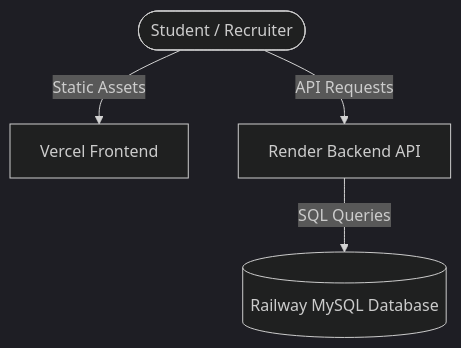
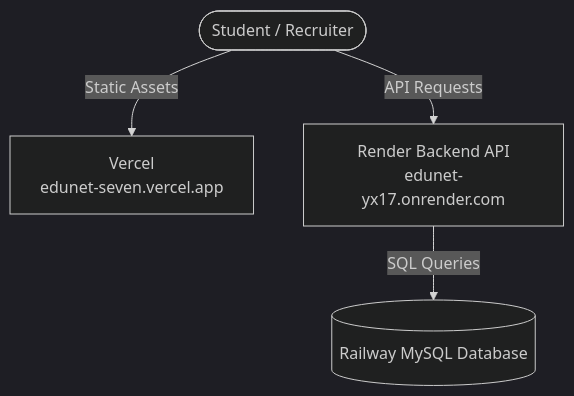
Before and after one commit to yashwanthrachuru-sh/website-2: the diagram in deployment.md, drawn with Mermaid (dark theme). The commit also changed other lines of this file and 16492 other files, not shown here.

````diff
--- a/deployment.md
+++ b/deployment.md
@@ -9,6 +20,6 @@
 ```mermaid
 graph TD
-    User([Student / Recruiter]) -->|Static Assets| Vercel[Vercel Frontend]
-    User -->|API Requests| Render[Render Backend API]
+    User([Student / Recruiter]) -->|Static Assets| Vercel[Vercel<br/>edunet-seven.vercel.app]
+    User -->|API Requests| Render[Render Backend API<br/>edunet-yx17.onrender.com]
     Render -->|SQL Queries| Railway[(Railway MySQL Database)]
 ```
````
